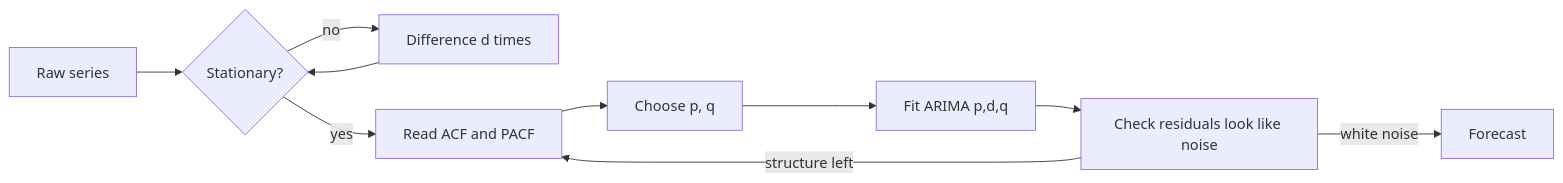
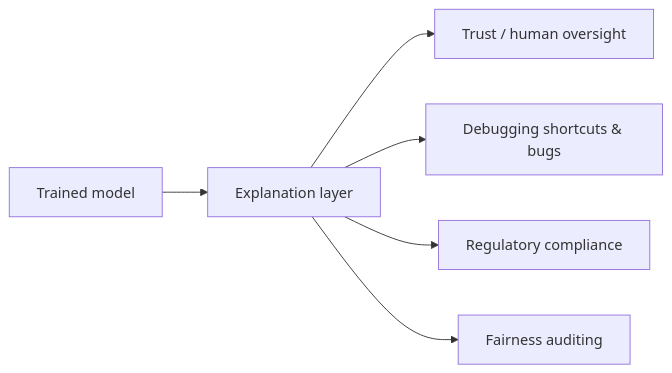
Before and after one commit to kader-xai/kader-xai.github.io: the first of 4 diagrams in ai-ml-encyclopedia/ch36.qmd, drawn with Mermaid. The commit also changed other lines of this file and 47 other files, not shown here.

````diff
--- a/ai-ml-encyclopedia/ch36.qmd
+++ b/ai-ml-encyclopedia/ch36.qmd
@@ -225,12 +111,8 @@
 ```{mermaid}
 flowchart LR
-  A[Raw series] --> B{Stationary?}
-  B -- no --> C[Difference d times]
-  C --> B
-  B -- yes --> D[Read ACF and PACF]
-  D --> E[Choose p, q]
-  E --> F[Fit ARIMA p,d,q]
-  F --> G[Check residuals look like noise]
-  G -- structure left --> D
-  G -- white noise --> H[Forecast]
+  M[Trained model] --> E[Explanation layer]
+  E --> T[Trust / human oversight]
+  E --> D[Debugging shortcuts & bugs]
+  E --> R[Regulatory compliance]
+  E --> F[Fairness auditing]
 ```
````
